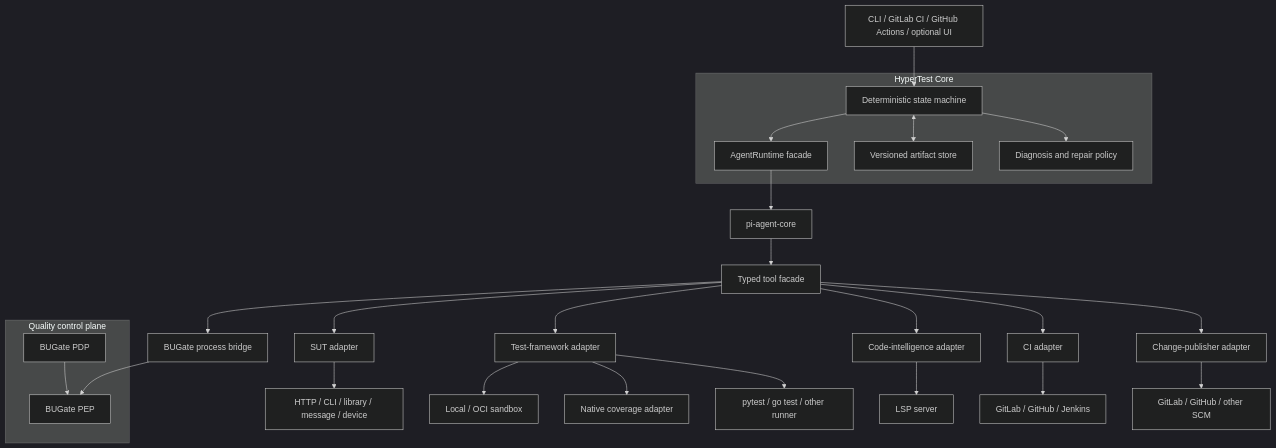
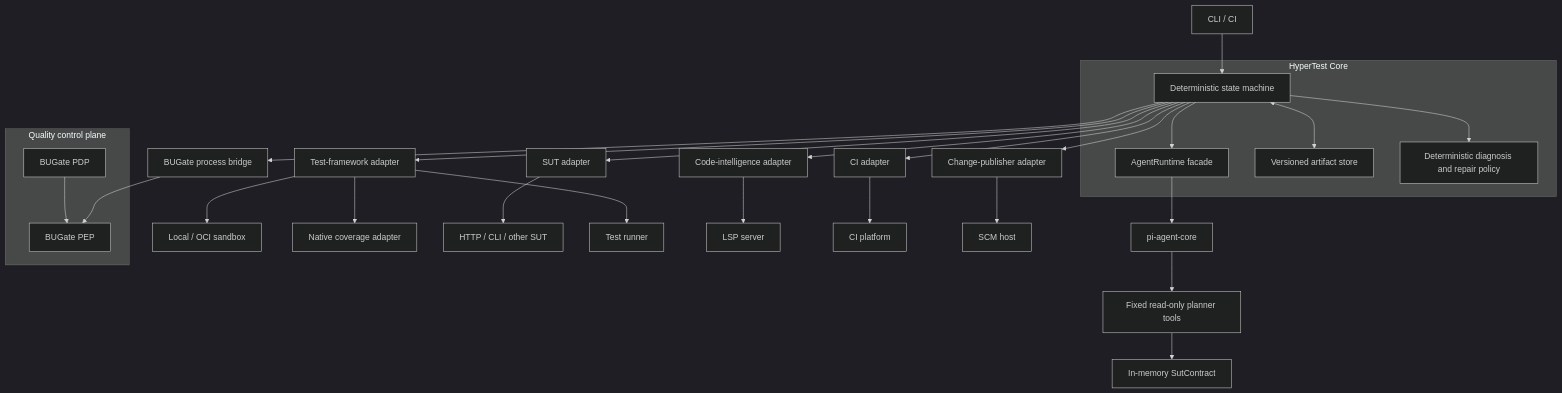
Before and after one commit to ZhangLiangchen/hypertest: the diagram in docs/architecture.md, drawn with Mermaid (dark theme). The commit also changed other lines of this file and 3 other files, not shown here.

````diff
--- a/docs/architecture.md
+++ b/docs/architecture.md
@@ -17,39 +20,40 @@
 ```mermaid
 flowchart TB
-  Entry[CLI / GitLab CI / GitHub Actions / optional UI] --> Core
+  Entry[CLI / CI] --> Core
 
   subgraph Control[Quality control plane]
     PDP[BUGate PDP]
     PEP[BUGate PEP]
     PDP --> PEP
   end
 
   subgraph CoreBox[HyperTest Core]
     Core[Deterministic state machine]
     Runtime[AgentRuntime facade]
     Store[Versioned artifact store]
-    Policy[Diagnosis and repair policy]
+    Policy[Deterministic diagnosis and repair policy]
     Core --> Runtime
     Core <--> Store
     Core --> Policy
   end
 
   Runtime --> Pi[pi-agent-core]
-  Pi --> Tools[Typed tool facade]
-  Tools --> Gate[BUGate process bridge]
+  Pi --> PlannerTools[Fixed read-only planner tools]
+  PlannerTools --> Contract[In-memory SutContract]
+
+  Core --> Gate[BUGate process bridge]
   Gate --> PEP
-
-  Tools --> Sut[SUT adapter]
-  Tools --> Test[Test-framework adapter]
-  Tools --> Code[Code-intelligence adapter]
-  Tools --> CI[CI adapter]
-  Tools --> SCM[Change-publisher adapter]
+  Core --> Sut[SUT adapter]
+  Core --> Test[Test-framework adapter]
+  Core --> Code[Code-intelligence adapter]
+  Core --> CI[CI adapter]
+  Core --> SCM[Change-publisher adapter]
   Test --> Sandbox[Local / OCI sandbox]
   Test --> Coverage[Native coverage adapter]
 
-  Sut --> Target[HTTP / CLI / library / message / device]
-  Test --> Runner[pytest / go test / other runner]
+  Sut --> Target[HTTP / CLI / other SUT]
+  Test --> Runner[Test runner]
   Code --> LSP[LSP server]
-  CI --> Platform[GitLab / GitHub / Jenkins]
-  SCM --> Host[GitLab / GitHub / other SCM]
+  CI --> Platform[CI platform]
+  SCM --> Host[SCM host]
 ```
````
